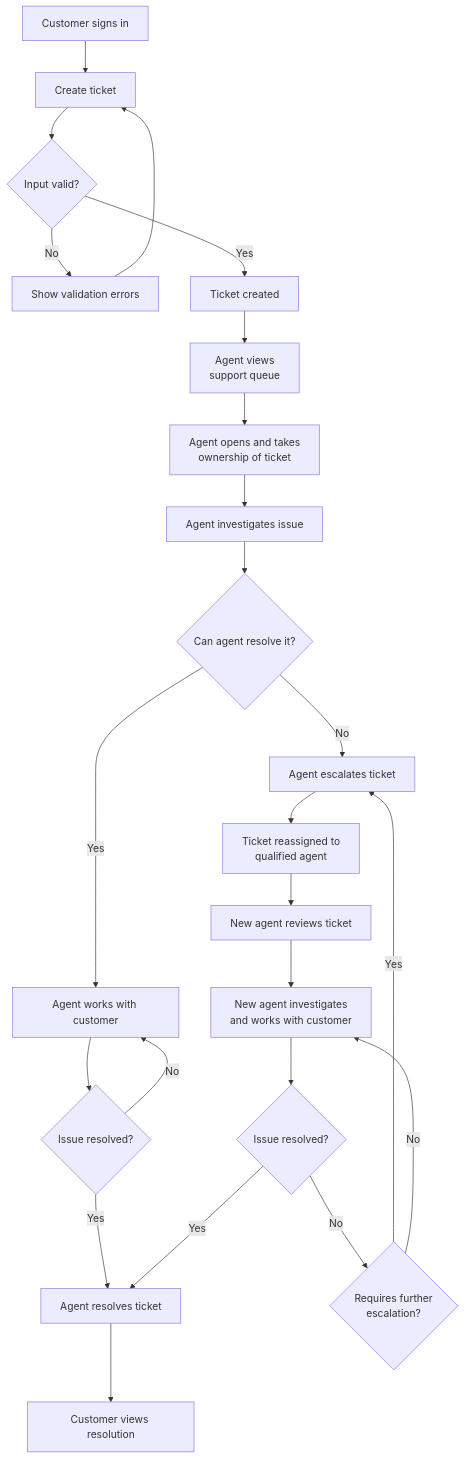
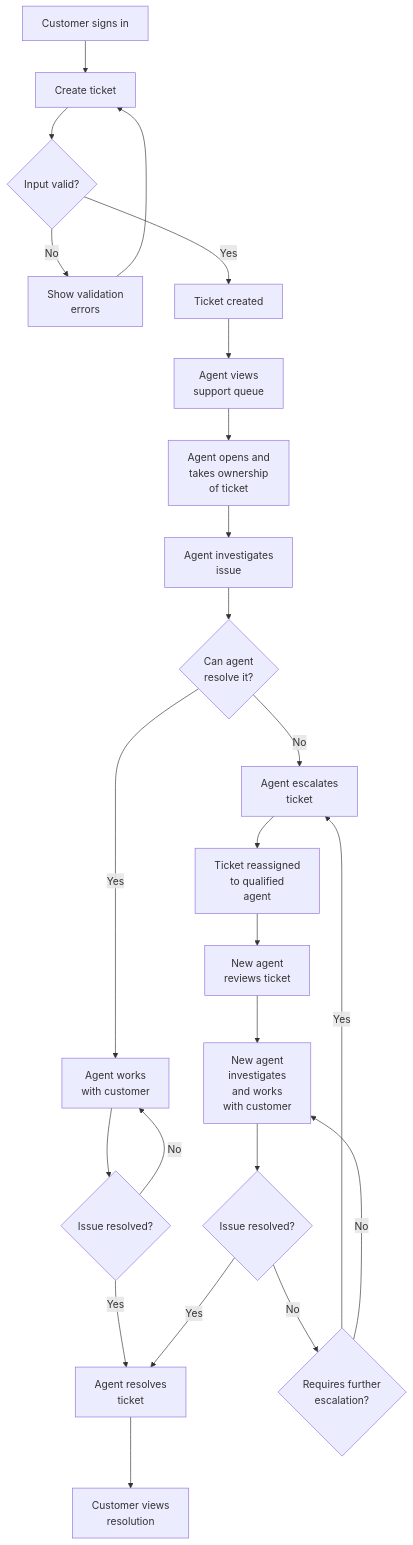
The diagram in workflows.md (Recluse2003/Helpdesk), drawn with Mermaid before and after one commit.

````diff
--- a/workflows.md
+++ b/workflows.md
@@ -8,29 +8,29 @@
 ```mermaid
 flowchart TD
     A[Customer signs in] --> B[Create ticket]
     B --> C{Input valid?}
-    C -- No --> D[Show validation errors]
+    C -- No --> D["Show validation<br>errors"]
     D --> B
     C -- Yes --> E[Ticket created]
-    F["Agent views<br>support queue"] --> G["Agent opens and takes<br>ownership of ticket"]
+    F["Agent views<br>support queue"] --> G["Agent opens and<br>takes ownership<br>of ticket"]
     E --> F
-    G --> H[Agent investigates issue]
-    H --> I{Can agent resolve it?}
+    G --> H["Agent investigates<br>issue"]
+    H --> I{"Can agent<br>resolve it?"}
 
-    I -- Yes --> J[Agent works with customer]
+    I -- Yes --> J["Agent works<br>with customer"]
     J --> K{Issue resolved?}
     K -- No --> J
-    K -- Yes --> L[Agent resolves ticket]
+    K -- Yes --> L["Agent resolves<br>ticket"]
 
-    I -- No --> M[Agent escalates ticket]
-    M --> N["Ticket reassigned to<br>qualified agent"]
-    N --> O[New agent reviews ticket]
-    O --> P["New agent investigates<br>and works with customer"]
+    I -- No --> M["Agent escalates<br>ticket"]
+    M --> N["Ticket reassigned<br>to qualified<br>agent"]
+    N --> O["New agent<br>reviews ticket"]
+    O --> P["New agent<br>investigates<br>and works<br>with customer"]
     P --> Q{Issue resolved?}
-    Q -- No --> R{Requires further<br>escalation?}
+    Q -- No --> R{"Requires further<br>escalation?"}
     R -- Yes --> M
     R -- No --> P
     Q -- Yes --> L
 
-    L --> S[Customer views resolution]
+    L --> S["Customer views<br>resolution"]
 ```
````
